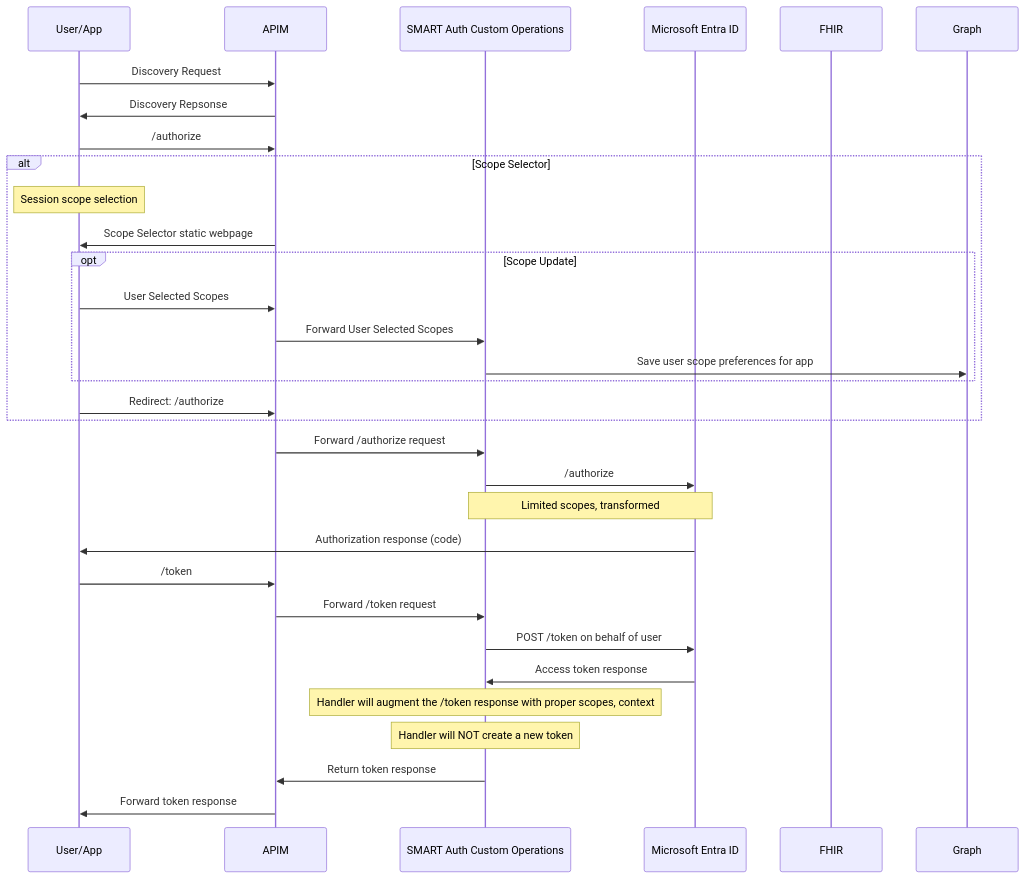
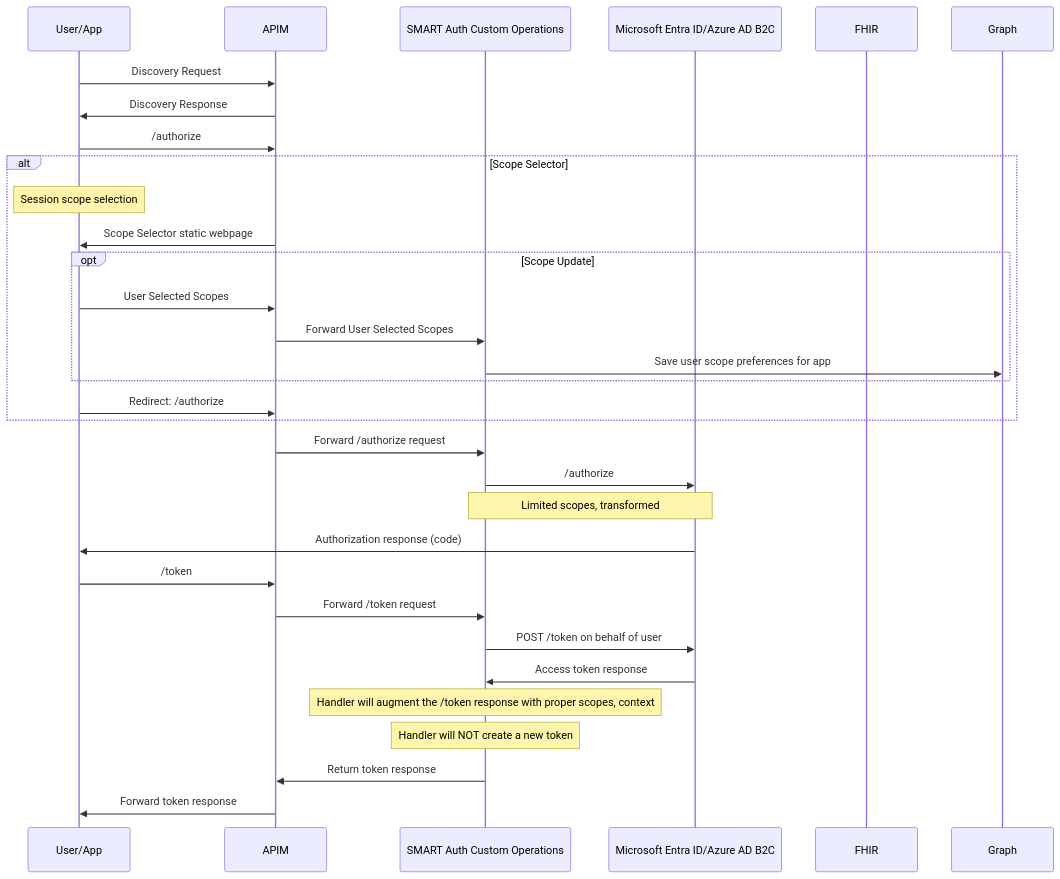
The third of 4 diagrams in samples/smartonfhir-oncg10-consolidated/docs/technical-guide.md (Azure-Samples/azure-health-data-and-ai-samples), drawn with Mermaid before and after one commit. The commit also changed other lines of this file and 25 other files, not shown here.

````diff
--- a/samples/smartonfhir-oncg10-consolidated/docs/technical-guide.md
+++ b/samples/smartonfhir-oncg10-consolidated/docs/technical-guide.md
@@ -106,36 +106,36 @@
 ```mermaid
   sequenceDiagram
     participant User/App
     participant APIM
     participant SMART Auth Custom Operations
-    participant Microsoft Entra ID
+    participant Microsoft Entra ID/Azure AD B2C
     participant FHIR
     participant Graph
     User/App ->> APIM: Discovery Request
-    APIM ->> User/App: Discovery Repsonse
+    APIM ->> User/App: Discovery Response
     User/App ->> APIM: /authorize
     alt Scope Selector
         note over User/App: Session scope selection
         APIM ->> User/App: Scope Selector static webpage
         opt Scope Update
             User/App ->> APIM: User Selected Scopes
             APIM ->> SMART Auth Custom Operations:  Forward User Selected Scopes
             SMART Auth Custom Operations ->> Graph: Save user scope preferences for app
         end
         
         User/App ->> APIM: Redirect: /authorize        
     end
 
     APIM ->> SMART Auth Custom Operations: Forward /authorize request    
-    SMART Auth Custom Operations ->> Microsoft Entra ID: /authorize
-    note over SMART Auth Custom Operations, Microsoft Entra ID: Limited scopes, transformed
-    Microsoft Entra ID ->> User/App: Authorization response (code)
+    SMART Auth Custom Operations ->> Microsoft Entra ID/Azure AD B2C: /authorize
+    note over SMART Auth Custom Operations, Microsoft Entra ID/Azure AD B2C: Limited scopes, transformed
+    Microsoft Entra ID/Azure AD B2C ->> User/App: Authorization response (code)
     User/App ->> APIM: /token
     APIM ->> SMART Auth Custom Operations: Forward /token request
-    SMART Auth Custom Operations ->> Microsoft Entra ID: POST /token on behalf of user
-    Microsoft Entra ID ->> SMART Auth Custom Operations: Access token response
+    SMART Auth Custom Operations ->> Microsoft Entra ID/Azure AD B2C: POST /token on behalf of user
+    Microsoft Entra ID/Azure AD B2C ->> SMART Auth Custom Operations: Access token response
     note over SMART Auth Custom Operations: Handler will augment the /token response with proper scopes, context
     note over SMART Auth Custom Operations: Handler will NOT create a new token
     SMART Auth Custom Operations ->> APIM: Return token response
     APIM ->> User/App: Forward token response
 ```
````
